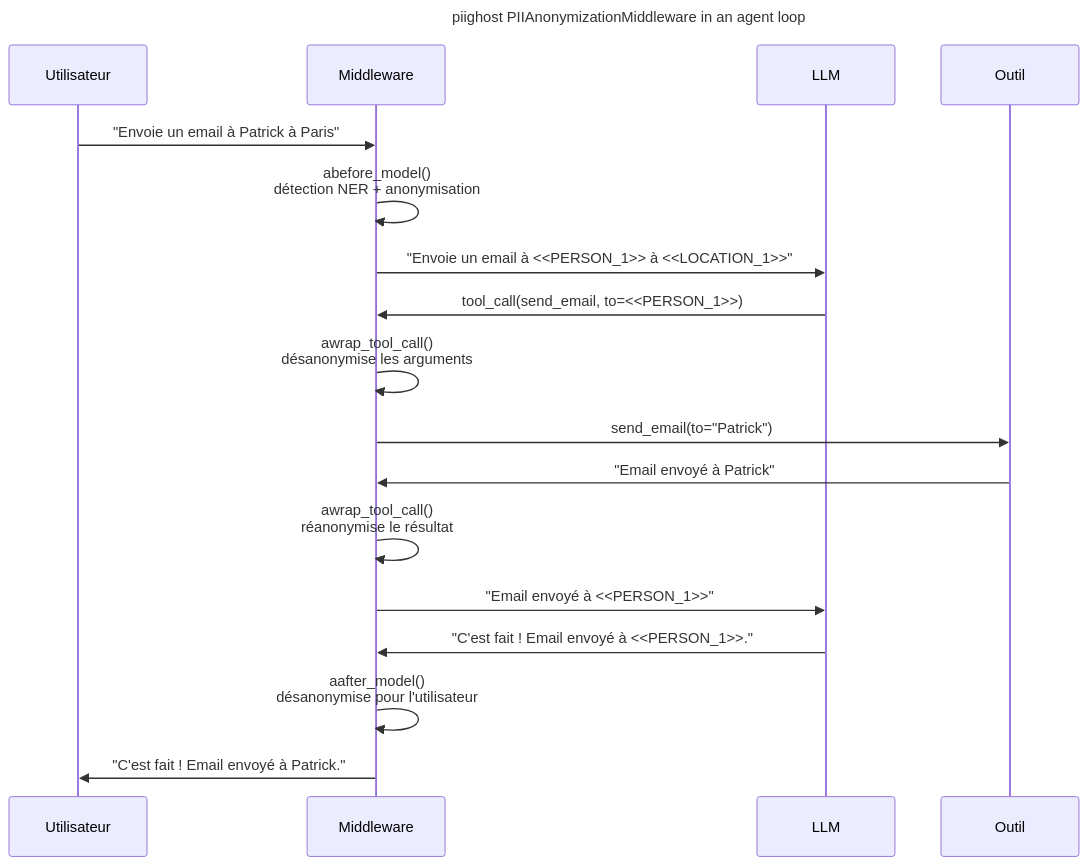
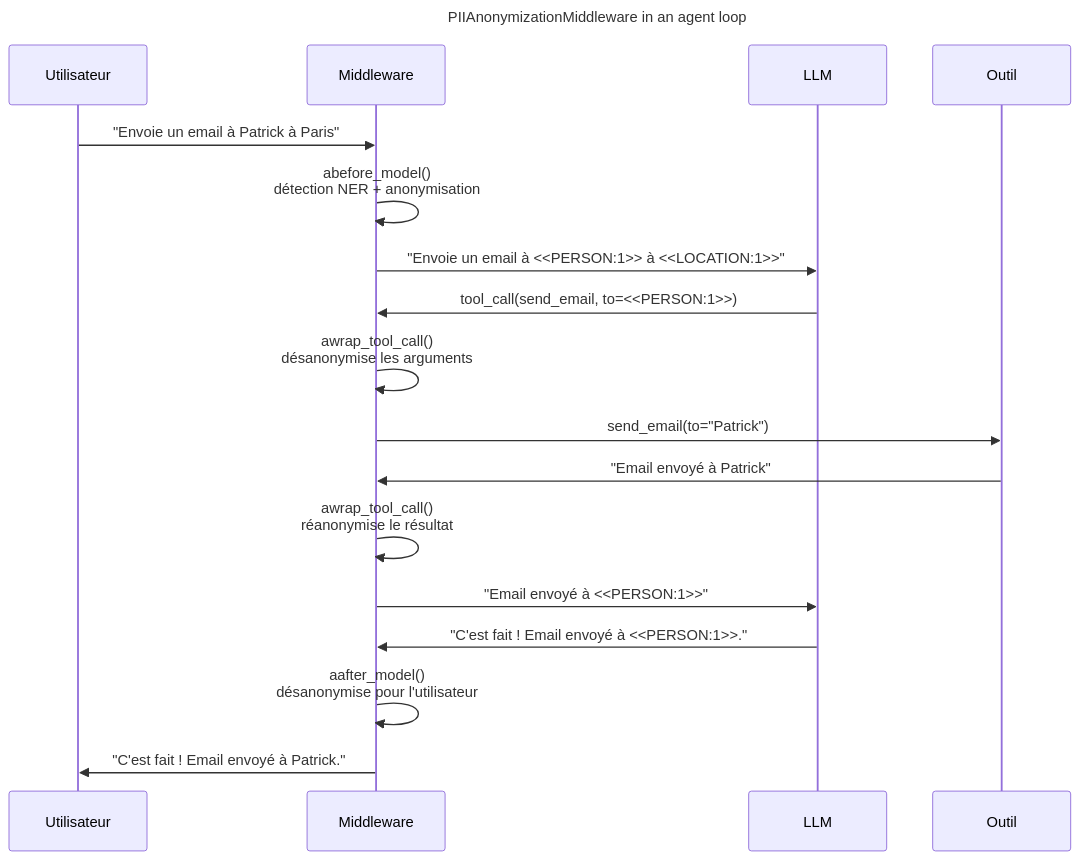
The third of 3 diagrams in README.fr.md (Athroniaeth/piighost), drawn with Mermaid before and after one commit. The commit also changed other lines of this file and 2 other files, not shown here.

````diff
--- a/README.fr.md
+++ b/README.fr.md
@@ -293,23 +330,23 @@
 ```mermaid
 ---
-title: "piighost PIIAnonymizationMiddleware in an agent loop"
+title: "PIIAnonymizationMiddleware in an agent loop"
 ---
 sequenceDiagram
     participant U as Utilisateur
     participant M as Middleware
     participant L as LLM
     participant T as Outil
 
     U->>M: "Envoie un email à Patrick à Paris"
     M->>M: abefore_model()<br/>détection NER + anonymisation
-    M->>L: "Envoie un email à <<PERSON_1>> à <<LOCATION_1>>"
-    L->>M: tool_call(send_email, to=<<PERSON_1>>)
+    M->>L: "Envoie un email à <<PERSON:1>> à <<LOCATION:1>>"
+    L->>M: tool_call(send_email, to=<<PERSON:1>>)
     M->>M: awrap_tool_call()<br/>désanonymise les arguments
     M->>T: send_email(to="Patrick")
     T->>M: "Email envoyé à Patrick"
     M->>M: awrap_tool_call()<br/>réanonymise le résultat
-    M->>L: "Email envoyé à <<PERSON_1>>"
-    L->>M: "C'est fait ! Email envoyé à <<PERSON_1>>."
+    M->>L: "Email envoyé à <<PERSON:1>>"
+    L->>M: "C'est fait ! Email envoyé à <<PERSON:1>>."
     M->>M: aafter_model()<br/>désanonymise pour l'utilisateur
     M->>U: "C'est fait ! Email envoyé à Patrick."
 ```
````
